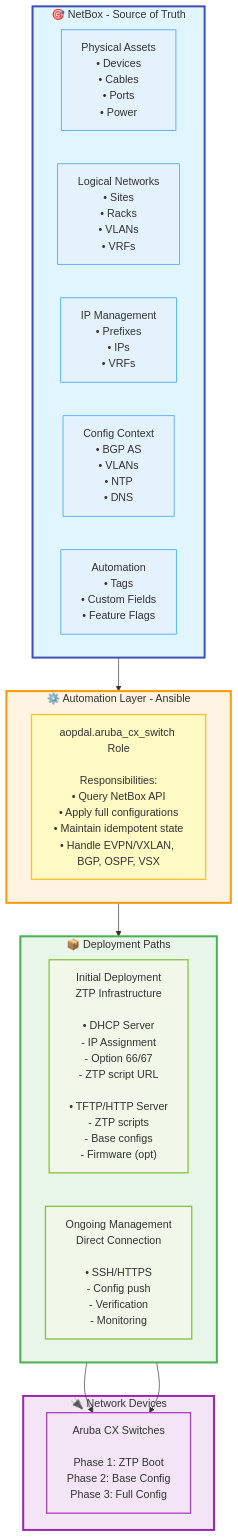
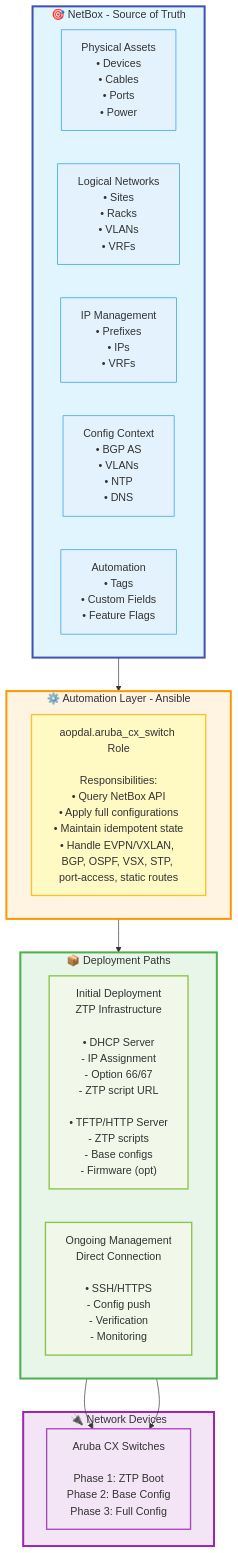
Before and after one commit to aopdal/ansible-role-aruba-cx-switch: the first of 3 diagrams in docs/AUTOMATION_ECOSYSTEM.md, drawn with Mermaid. The commit also changed other lines of this file and 37 other files, not shown here.

````diff
--- a/docs/AUTOMATION_ECOSYSTEM.md
+++ b/docs/AUTOMATION_ECOSYSTEM.md
@@ -18,44 +18,44 @@
 ```mermaid
 graph TB
     subgraph NetBox["🎯 NetBox - Source of Truth"]
         direction LR
         NB1["Physical Assets<br/>• Devices<br/>• Cables<br/>• Ports<br/>• Power"]
         NB2["Logical Networks<br/>• Sites<br/>• Racks<br/>• VLANs<br/>• VRFs"]
         NB3["IP Management<br/>• Prefixes<br/>• IPs<br/>• VRFs"]
         NB4["Config Context<br/>• BGP AS<br/>• VLANs<br/>• NTP<br/>• DNS"]
         NB5["Automation<br/>• Tags<br/>• Custom Fields<br/>• Feature Flags"]
     end
 
     subgraph Ansible["⚙️ Automation Layer - Ansible"]
-        Role["aopdal.aruba_cx_switch Role<br/><br/>Responsibilities:<br/>• Query NetBox API<br/>• Apply full configurations<br/>• Maintain idempotent state<br/>• Handle EVPN/VXLAN, BGP, OSPF, VSX"]
+        Role["aopdal.aruba_cx_switch Role<br/><br/>Responsibilities:<br/>• Query NetBox API<br/>• Apply full configurations<br/>• Maintain idempotent state<br/>• Handle EVPN/VXLAN, BGP, OSPF, VSX, STP, port-access, static routes"]
     end
 
     subgraph Deploy["📦 Deployment Paths"]
         direction LR
         ZTP["Initial Deployment<br/>ZTP Infrastructure<br/><br/>• DHCP Server<br/>  - IP Assignment<br/>  - Option 66/67<br/>  - ZTP script URL<br/><br/>• TFTP/HTTP Server<br/>  - ZTP scripts<br/>  - Base configs<br/>  - Firmware (opt)"]
         Direct["Ongoing Management<br/>Direct Connection<br/><br/>• SSH/HTTPS<br/>  - Config push<br/>  - Verification<br/>  - Monitoring"]
     end
 
     subgraph Switches["🔌 Network Devices"]
         SW["Aruba CX Switches<br/><br/>Phase 1: ZTP Boot<br/>Phase 2: Base Config<br/>Phase 3: Full Config"]
     end
 
     NetBox --> Ansible
     Ansible --> Deploy
     ZTP --> SW
     Direct --> SW
 
     style NetBox fill:#e1f5ff,stroke:#3f51b5,stroke-width:3px
     style Ansible fill:#fff4e1,stroke:#ff9800,stroke-width:3px
     style Deploy fill:#e8f5e9,stroke:#4caf50,stroke-width:3px
     style Switches fill:#f3e5f5,stroke:#9c27b0,stroke-width:3px
     style NB1 fill:#e3f2fd,stroke:#2196f3,stroke-width:1px
     style NB2 fill:#e3f2fd,stroke:#2196f3,stroke-width:1px
     style NB3 fill:#e3f2fd,stroke:#2196f3,stroke-width:1px
     style NB4 fill:#e3f2fd,stroke:#2196f3,stroke-width:1px
     style NB5 fill:#e3f2fd,stroke:#2196f3,stroke-width:1px
     style Role fill:#fff9c4,stroke:#fbc02d,stroke-width:2px
     style ZTP fill:#f1f8e9,stroke:#8bc34a,stroke-width:2px
     style Direct fill:#f1f8e9,stroke:#8bc34a,stroke-width:2px
     style SW fill:#f3e5f5,stroke:#ab47bc,stroke-width:2px
 ```
````
